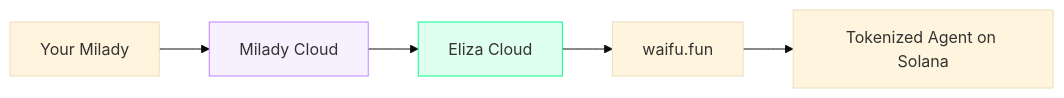
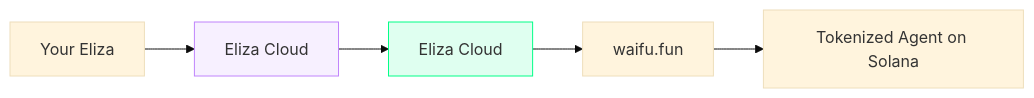
One commit to waifufun/waifu.fun changed the diagram in docs/concepts/milady-cloud.mdx. Above: the diagram before and after it, drawn with Mermaid (base theme). The commit also changed other lines of this file and 52 other files, not shown here.

````diff
--- a/docs/concepts/milady-cloud.mdx
+++ b/docs/concepts/milady-cloud.mdx
@@ -24,10 +24,10 @@
 ```mermaid
 graph LR
-    A[Your Milady] --> B[Milady Cloud]
+    A[Your Eliza] --> B[Eliza Cloud]
     B --> C[Eliza Cloud]
     C --> D[waifu.fun]
     D --> E[Tokenized Agent on Solana]
     
     style B fill:#c084fc20,stroke:#c084fc
     style C fill:#00ff8720,stroke:#00ff87
 ```
````
